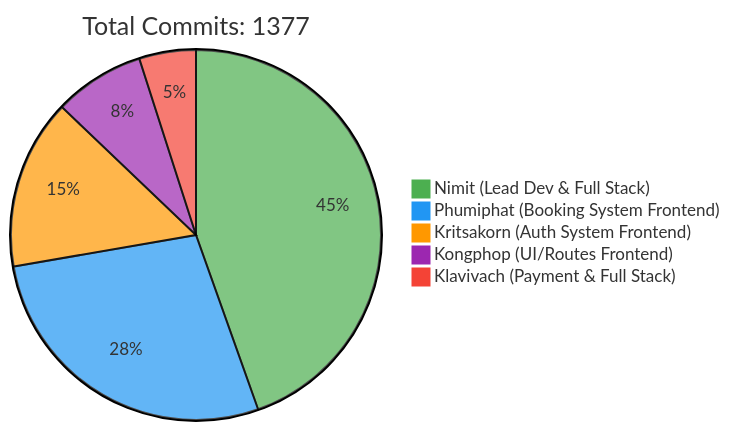
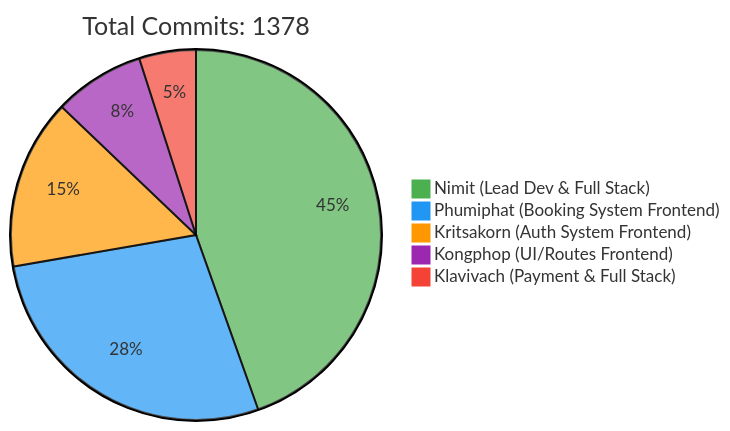
Before and after one commit to 6531503042/Sport-Complex: the first of 2 diagrams in README.md, drawn with Mermaid. The commit also changed other lines of this file, not shown here.

Commit message:
docs: Update contributor statistics [skip ci]

````diff
--- a/README.md
+++ b/README.md
@@ -257,10 +257,10 @@
 ```mermaid
 %%{init: {'theme': 'base', 'themeVariables': { 'pie1': '#4CAF50', 'pie2': '#2196F3', 'pie3': '#FF9800', 'pie4': '#9C27B0', 'pie5': '#F44336'}}}%%
 pie
-    title Total Commits: 1377
+    title Total Commits: 1378
     "Nimit (Lead Dev & Full Stack)" : 450
     "Phumiphat (Booking System Frontend)" : 280
     "Kritsakorn (Auth System Frontend)" : 150
     "Kongphop (UI/Routes Frontend)" : 80
     "Klavivach (Payment & Full Stack)" : 50
 ```
````
